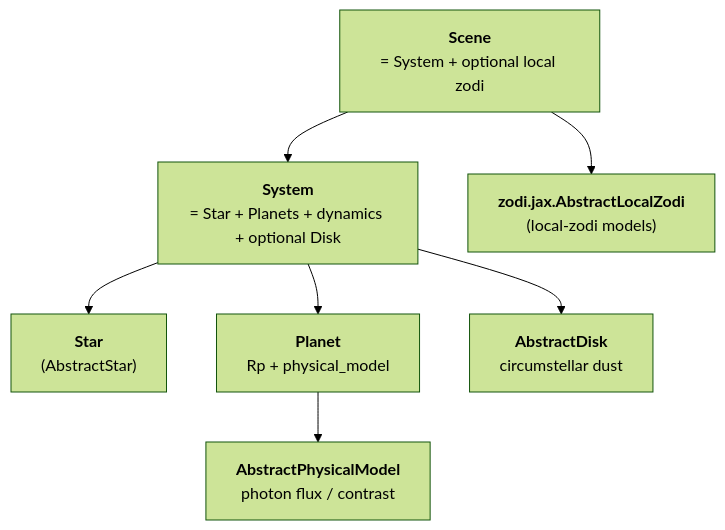
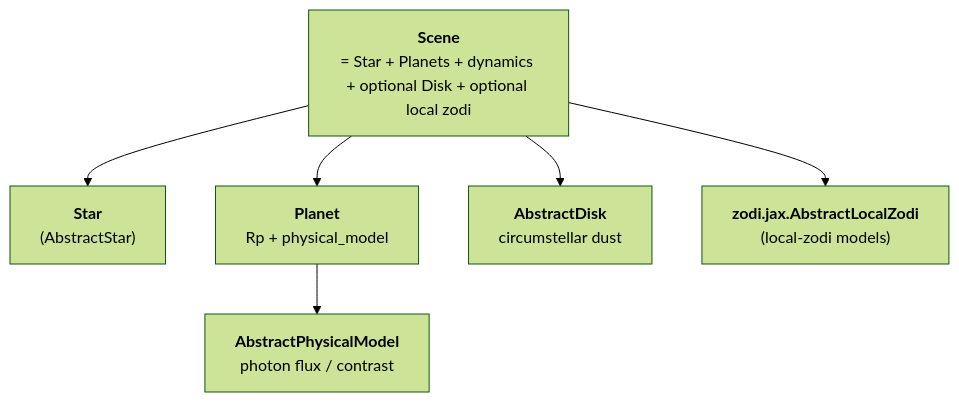
Before and after one commit to CoreySpohn/skyscapes: the diagram in docs/explanation/source_models.md, drawn with Mermaid (forest theme). The commit also changed other lines of this file and 35 other files, not shown here.

Commit message:
feat(scene)!: merge System into Scene, which now holds the local zodi; add AYOExozodiDisk

````diff
--- a/docs/explanation/source_models.md
+++ b/docs/explanation/source_models.md
@@ -19,17 +19,15 @@
 ```mermaid
 flowchart TB
-    Scene["<b>Scene</b><br/>= System + optional local zodi"]
-    System["<b>System</b><br/>= Star + Planets + dynamics + optional Disk"]
+    Scene["<b>Scene</b><br/>= Star + Planets + dynamics + optional Disk + optional local zodi"]
     Star["<b>Star</b><br/>(AbstractStar)"]
     Planet["<b>Planet</b><br/>Rp + physical_model"]
     Disk["<b>AbstractDisk</b><br/>circumstellar dust"]
     Zodi["<b>zodi.jax.AbstractLocalZodi</b><br/>(local-zodi models)"]
     PM["<b>AbstractPhysicalModel</b><br/>photon flux / contrast"]
 
-    Scene --> System
     Scene --> Zodi
-    System --> Star
-    System --> Planet
-    System --> Disk
+    Scene --> Star
+    Scene --> Planet
+    Scene --> Disk
     Planet --> PM
 ```
````
